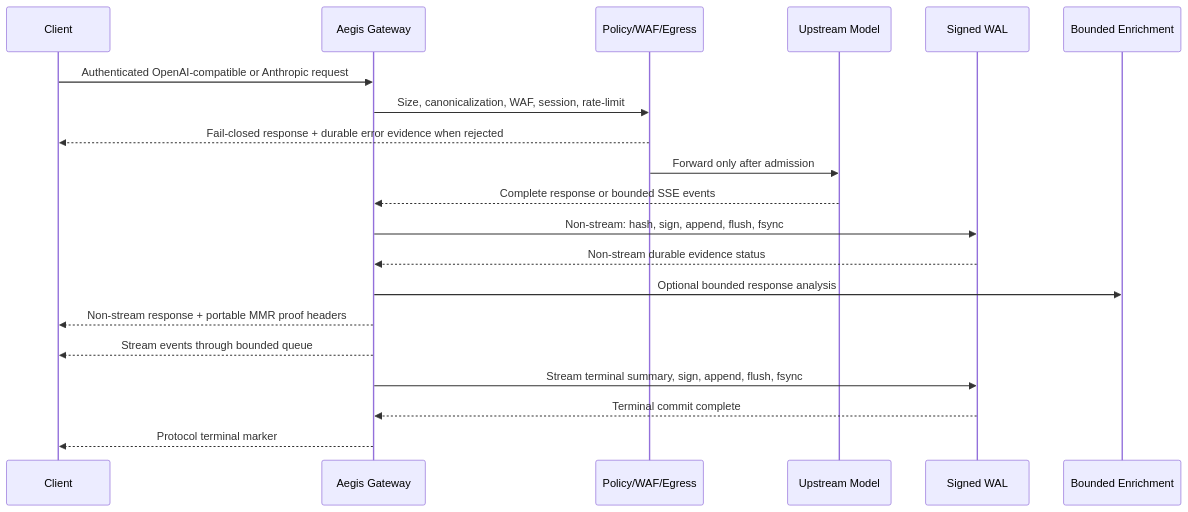
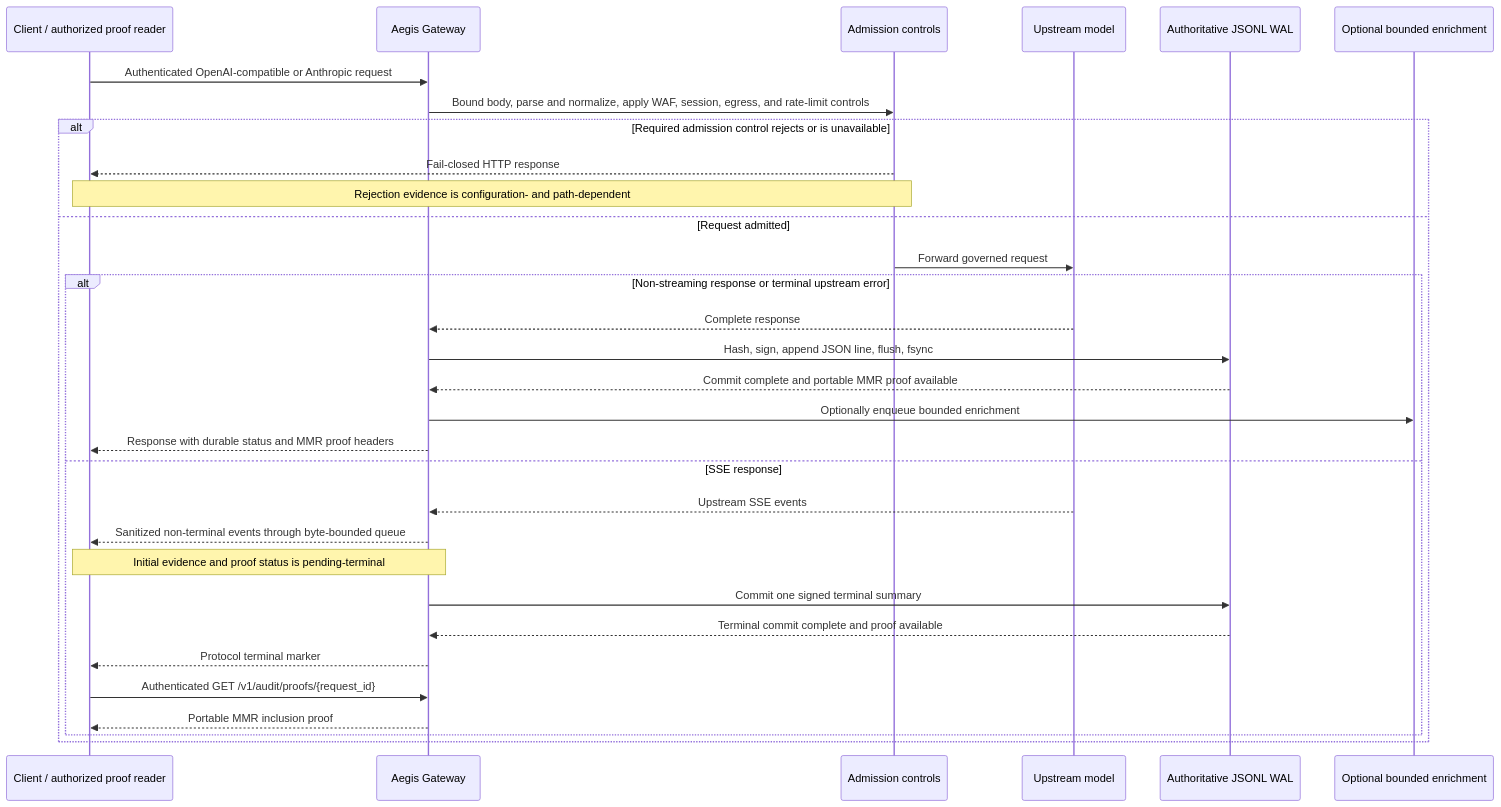
The diagram in README.md (block-stacker/aegis-latent-core), drawn with Mermaid before and after one commit. The commit also changed other lines of this file and 5 other files, not shown here.

````diff
--- a/README.md
+++ b/README.md
@@ -55,23 +155,34 @@
 ```mermaid
 sequenceDiagram
-    participant C as Client
+    participant C as Client / authorized proof reader
     participant A as Aegis Gateway
-    participant W as Policy/WAF/Egress
-    participant U as Upstream Model
-    participant L as Signed WAL
-    participant Q as Bounded Enrichment
+    participant P as Admission controls
+    participant U as Upstream model
+    participant L as Authoritative JSONL WAL
+    participant Q as Optional bounded enrichment
 
     C->>A: Authenticated OpenAI-compatible or Anthropic request
-    A->>W: Size, canonicalization, WAF, session, rate-limit
-    W-->>C: Fail-closed response + durable error evidence when rejected
-    W->>U: Forward only after admission
-    U-->>A: Complete response or bounded SSE events
-    A->>L: Non-stream: hash, sign, append, flush, fsync
-    L-->>A: Non-stream durable evidence status
-    A->>Q: Optional bounded response analysis
-    A-->>C: Non-stream response + portable MMR proof headers
-    A-->>C: Stream events through bounded queue
-    A->>L: Stream terminal summary, sign, append, flush, fsync
-    L-->>A: Terminal commit complete
-    A-->>C: Protocol terminal marker
+    A->>P: Bound body, parse and normalize, apply WAF, session, egress, and rate-limit controls
+    alt Required admission control rejects or is unavailable
+        P-->>C: Fail-closed HTTP response
+        Note over P,C: Rejection evidence is configuration- and path-dependent
+    else Request admitted
+        P->>U: Forward governed request
+        alt Non-streaming response or terminal upstream error
+            U-->>A: Complete response
+            A->>L: Hash, sign, append JSON line, flush, fsync
+            L-->>A: Commit complete and portable MMR proof available
+            A->>Q: Optionally enqueue bounded enrichment
+            A-->>C: Response with durable status and MMR proof headers
+        else SSE response
+            U-->>A: Upstream SSE events
+            A-->>C: Sanitized non-terminal events through byte-bounded queue
+            Note over A,C: Initial evidence and proof status is pending-terminal
+            A->>L: Commit one signed terminal summary
+            L-->>A: Terminal commit complete and proof available
+            A-->>C: Protocol terminal marker
+            C->>A: Authenticated GET /v1/audit/proofs/{request_id}
+            A-->>C: Portable MMR inclusion proof
+        end
+    end
 ```
````
